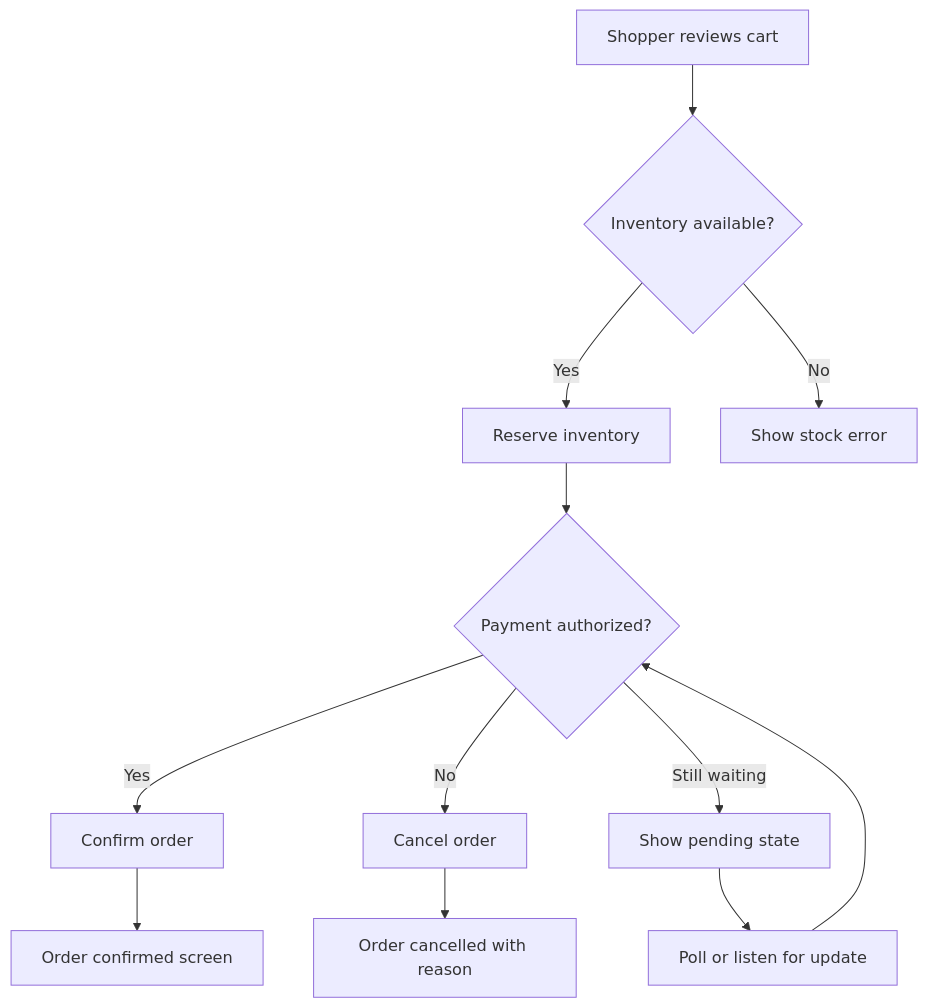
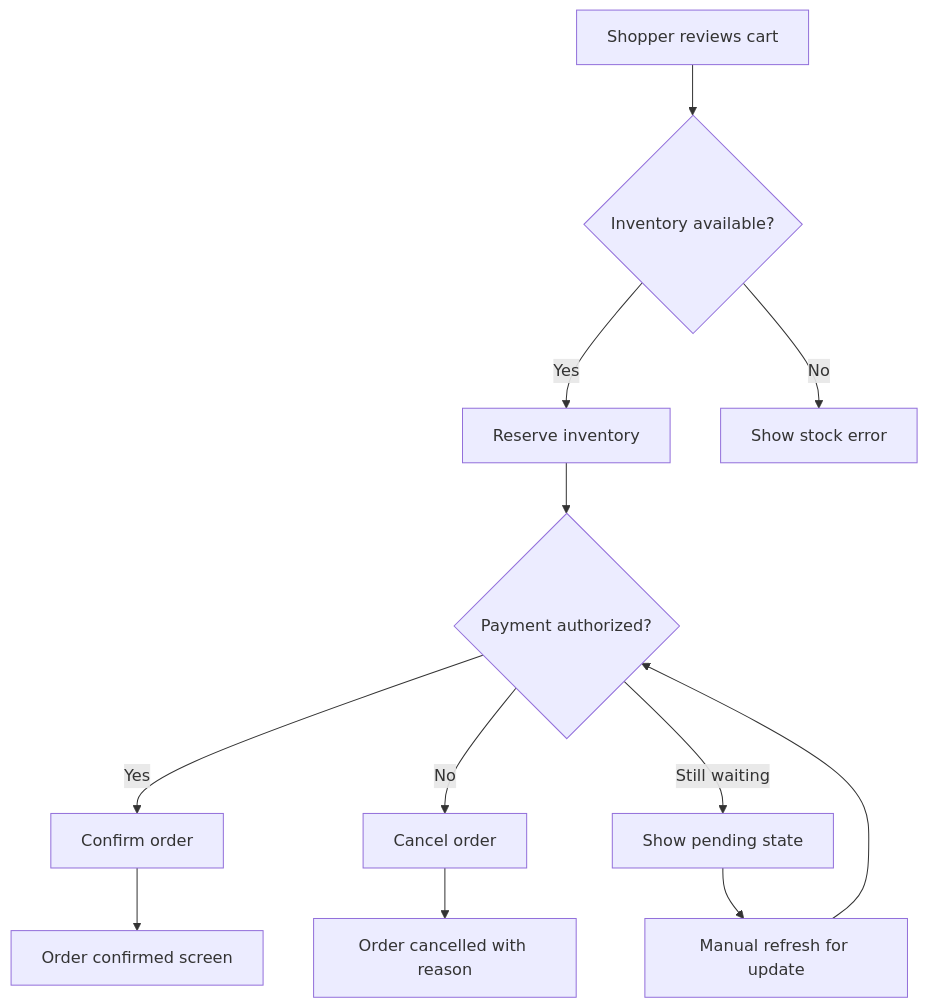
One commit to jonasotoaguilar/eventcommerce changed the diagram in DESIGN.md. Above: the diagram before and after it, drawn with Mermaid. The commit also changed other lines of this file and 7 other files, not shown here.

````diff
--- a/DESIGN.md
+++ b/DESIGN.md
@@ -161,14 +161,14 @@
 ```mermaid
 flowchart TD
     A[Shopper reviews cart] --> B{Inventory available?}
     B -->|Yes| C[Reserve inventory]
     B -->|No| D[Show stock error]
     C --> E{Payment authorized?}
     E -->|Yes| F[Confirm order]
     E -->|No| G[Cancel order]
     E -->|Still waiting| H[Show pending state]
     F --> I[Order confirmed screen]
     G --> J[Order cancelled with reason]
-    H --> K[Poll or listen for update]
+    H --> K[Manual refresh for update]
     K --> E
 ```
````
